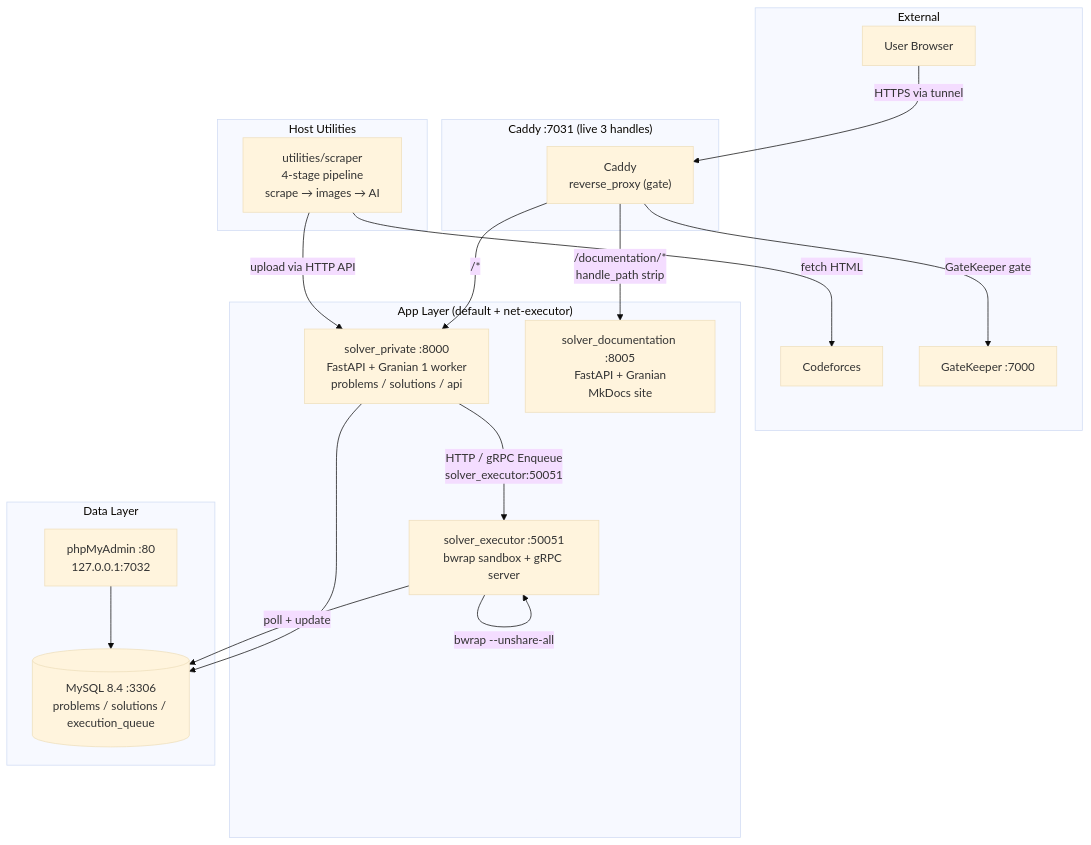
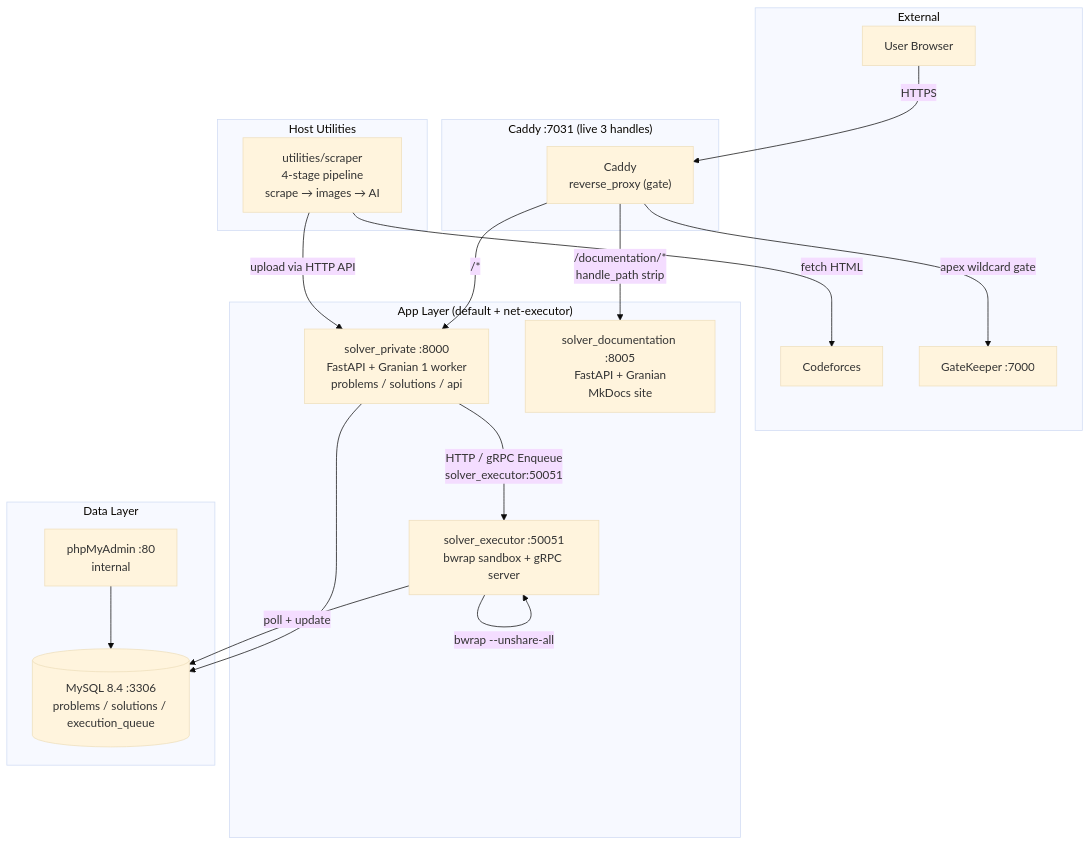
One commit to NovaProtocol/PracticeForge changed the diagram in documentation/docs/index.md. Above: the diagram before and after it, drawn with Mermaid (base theme). The commit also changed other lines of this file and 8 other files, not shown here.

````diff
--- a/documentation/docs/index.md
+++ b/documentation/docs/index.md
@@ -26,41 +26,41 @@
 ```mermaid
 graph TB
  subgraph "External"
  U["User Browser"]
  CF["Codeforces"]
  GK["GateKeeper :7000"]
  end
 
  subgraph "Caddy :7031 (live 3 handles)"
  CADDY["Caddy<br/>reverse_proxy (gate)"]
  end
 
  subgraph "App Layer (default + net-executor)"
  SOLVER["solver_private :8000<br/>FastAPI + Granian 1 worker<br/>problems / solutions / api"]
  EXEC["solver_executor :50051<br/>bwrap sandbox + gRPC server"]
  DOCS["solver_documentation :8005<br/>FastAPI + Granian<br/>MkDocs site"]
  end
 
  subgraph "Data Layer"
  DB[("MySQL 8.4 :3306<br/>problems / solutions / execution_queue")]
- PMA["phpMyAdmin :80<br/>127.0.0.1:7032"]
+ PMA["phpMyAdmin :80<br/>internal"]
  end
 
  subgraph "Host Utilities"
  SCRAPER["utilities/scraper<br/>4-stage pipeline<br/>scrape → images → AI"]
  end
 
- U -->|"HTTPS via tunnel"| CADDY
- CADDY -->|"GateKeeper gate"| GK
+ U -->|HTTPS| CADDY
+ CADDY -->|"apex wildcard gate"| GK
  CADDY -->|"/*"| SOLVER
  CADDY -->|"/documentation/*<br/>handle_path strip"| DOCS
 
  SOLVER -->|"HTTP / gRPC Enqueue<br/>solver_executor:50051"| EXEC
  SOLVER --> DB
  EXEC -->|"poll + update"| DB
  EXEC -->|"bwrap --unshare-all"| EXEC
  PMA --> DB
 
  SCRAPER -->|"upload via HTTP API"| SOLVER
  SCRAPER -->|"fetch HTML"| CF
 ```
````
